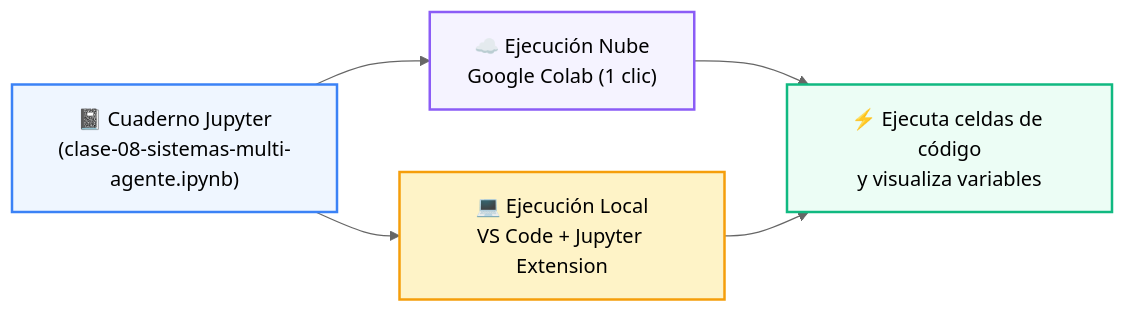
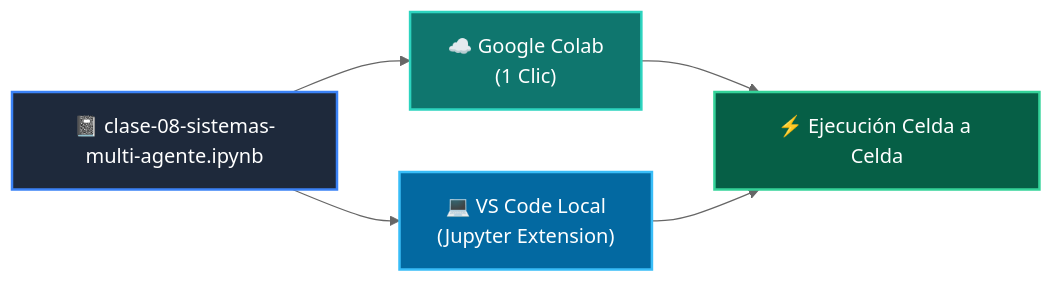
The diagram in 03-agentes-ia/clase-08-sistemas-multi-agente/notebook/README.md (wisrovi/wisrovi-python), drawn with Mermaid (neutral theme) before and after one commit. The commit also changed other lines of this file and 271 other files, not shown here.

Commit message:
docs: rewrite all README.md files with bespoke topic-specific Mermaid diagrams and remove repetitive boilerplate

````diff
--- a/03-agentes-ia/clase-08-sistemas-multi-agente/notebook/README.md
+++ b/03-agentes-ia/clase-08-sistemas-multi-agente/notebook/README.md
@@ -14,12 +12,12 @@
 ```mermaid
 flowchart LR
-    NB["📓 Cuaderno Jupyter<br/>(clase-08-sistemas-multi-agente.ipynb)"] --> COLAB["☁️ Ejecución Nube<br/>Google Colab (1 clic)"]
-    NB --> LOCAL["💻 Ejecución Local<br/>VS Code + Jupyter Extension"]
-    COLAB --> RUN["⚡ Ejecuta celdas de código<br/>y visualiza variables"]
+    NB["📓 clase-08-sistemas-multi-agente.ipynb"] --> COLAB["☁️ Google Colab<br/>(1 Clic)"]
+    NB --> LOCAL["💻 VS Code Local<br/>(Jupyter Extension)"]
+    COLAB --> RUN["⚡ Ejecución Celda a Celda"]
     LOCAL --> RUN
 
-    style NB fill:#eff6ff,stroke:#3b82f6,stroke-width:2px
-    style COLAB fill:#f5f3ff,stroke:#8b5cf6,stroke-width:2px
-    style LOCAL fill:#fef3c7,stroke:#f59e0b,stroke-width:2px
-    style RUN fill:#ecfdf5,stroke:#10b981,stroke-width:2px
+    style NB fill:#1e293b,color:#fff,stroke:#3b82f6,stroke-width:2px
+    style COLAB fill:#0f766e,color:#fff,stroke:#2dd4bf,stroke-width:2px
+    style LOCAL fill:#0369a1,color:#fff,stroke:#38bdf8,stroke-width:2px
+    style RUN fill:#065f46,color:#fff,stroke:#34d399,stroke-width:2px
 ```
````
